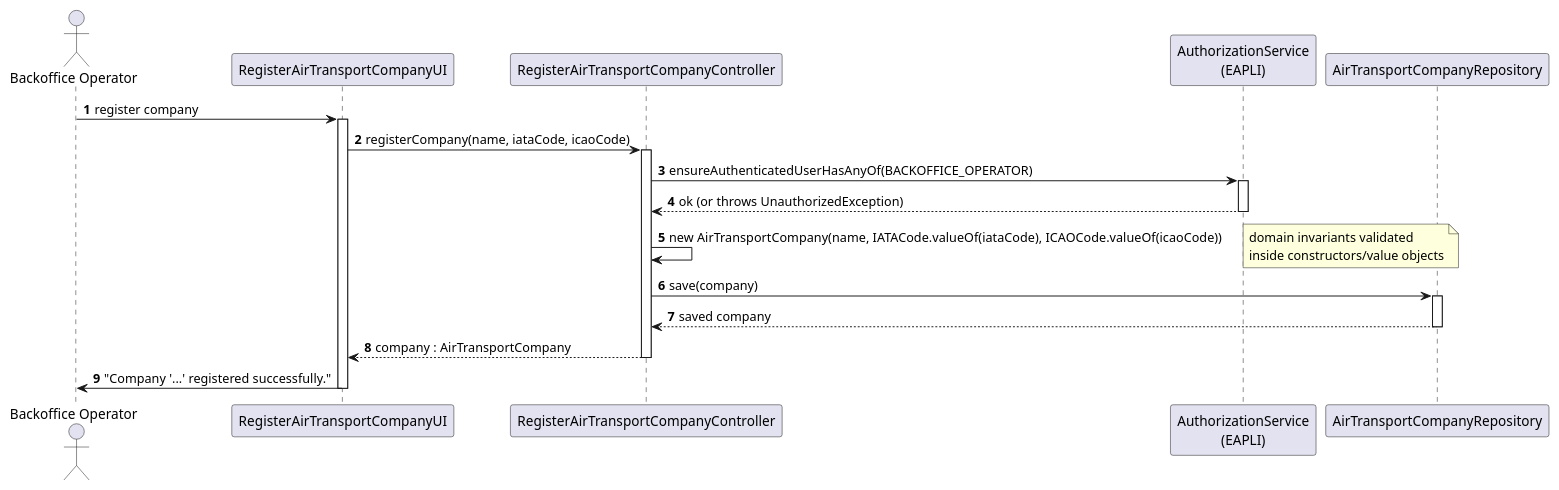
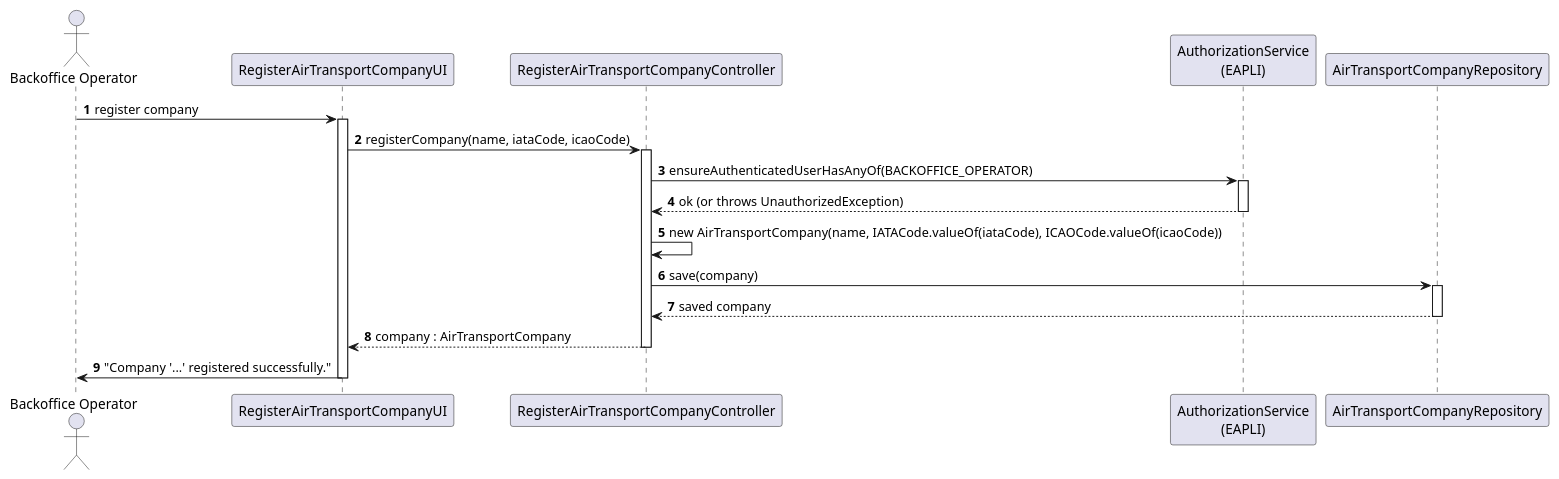
One commit to brunodspinto/aisafe changed the diagram in aisafe.base/docs/user-stories/us060/puml/US060-SD.puml. Above: the diagram before and after it, drawn with PlantUML. The commit also changed 5 other files, not shown here.

Commit message:
Update US060 UML diagrams and SVGs #30

```diff
--- a/aisafe.base/docs/user-stories/us060/puml/US060-SD.puml
+++ b/aisafe.base/docs/user-stories/us060/puml/US060-SD.puml
@@ -1,36 +1,35 @@
 @startuml
 skinparam shadowing false
 autonumber
 
 actor "Backoffice Operator" as op
 participant "RegisterAirTransportCompanyUI" as ui
 participant "RegisterAirTransportCompanyController" as ctrl
 participant "AuthorizationService\n(EAPLI)" as authz
 participant "AirTransportCompanyRepository" as repo
 
 op -> ui : register company
 activate ui
 
 ui -> ctrl : registerCompany(name, iataCode, icaoCode)
 activate ctrl
 
 ctrl -> authz : ensureAuthenticatedUserHasAnyOf(BACKOFFICE_OPERATOR)
 activate authz
 authz --> ctrl : ok (or throws UnauthorizedException)
 deactivate authz
 
 ctrl -> ctrl : new AirTransportCompany(name, IATACode.valueOf(iataCode), ICAOCode.valueOf(icaoCode))
-note right: domain invariants validated\ninside constructors/value objects
 
 ctrl -> repo : save(company)
 activate repo
 repo --> ctrl : saved company
 deactivate repo
 
 ctrl --> ui : company : AirTransportCompany
 deactivate ctrl
 
 ui -> op : "Company '...' registered successfully."
 deactivate ui
 
 @enduml
```
